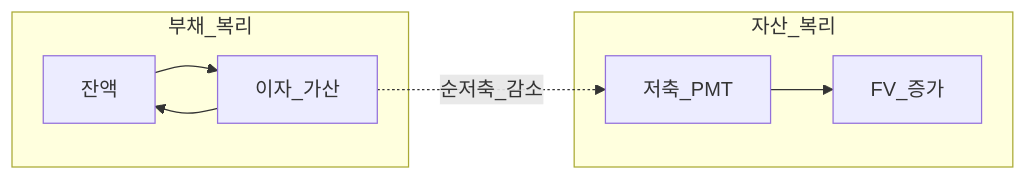
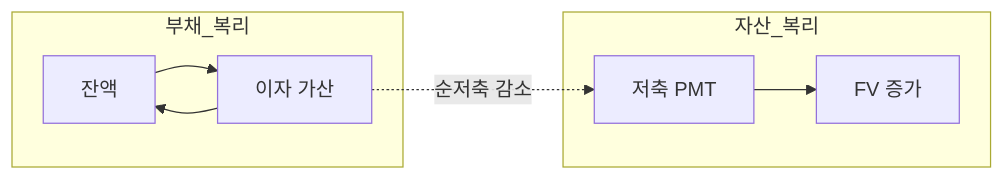
Before and after one commit to goldanghenry/Finances: the second of 3 diagrams in 01-foundations/debt-and-interest.md, drawn with Mermaid. The commit also changed other lines of this file and 211 other files, not shown here.

````diff
--- a/01-foundations/debt-and-interest.md
+++ b/01-foundations/debt-and-interest.md
@@ -118,11 +126,11 @@
 ```mermaid
 flowchart LR
   subgraph asset [자산_복리]
-    A1[저축_PMT] --> A2[FV_증가]
+    A1["저축 PMT"] --> A2["FV 증가"]
   end
   subgraph liability [부채_복리]
-    B1[잔액] --> B2[이자_가산]
+    B1[잔액] --> B2["이자 가산"]
     B2 --> B1
   end
-  B2 -.->|순저축_감소| A1
+  B2 -.->|"순저축 감소"| A1
 ```
````
